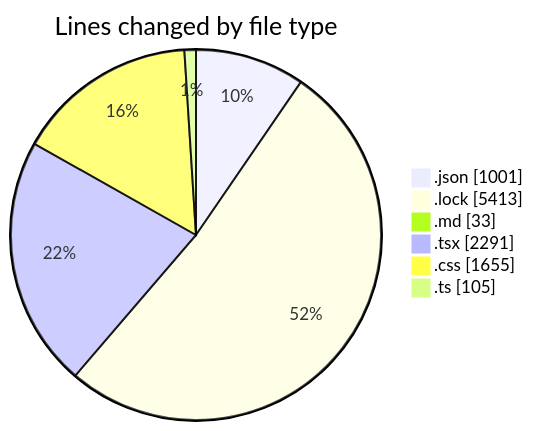
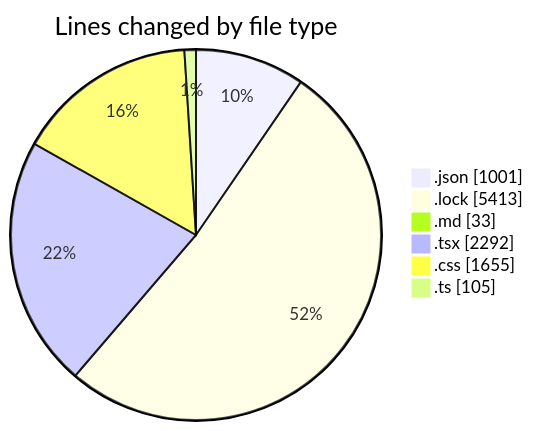
One commit to EIIisD/code-tracking changed the first of 2 diagrams in 2025-08-11/ribbon/README.md. Above: the diagram before and after it, drawn with Mermaid. The commit also changed other lines of this file and 1 other file, not shown here.

````diff
--- a/2025-08-11/ribbon/README.md
+++ b/2025-08-11/ribbon/README.md
@@ -44,10 +44,10 @@
 ```mermaid
 pie showData
 title Lines changed by file type
 ".json" : 1001
 ".lock" : 5413
 ".md" : 33
-".tsx" : 2291
+".tsx" : 2292
 ".css" : 1655
 ".ts" : 105
 ```
````
